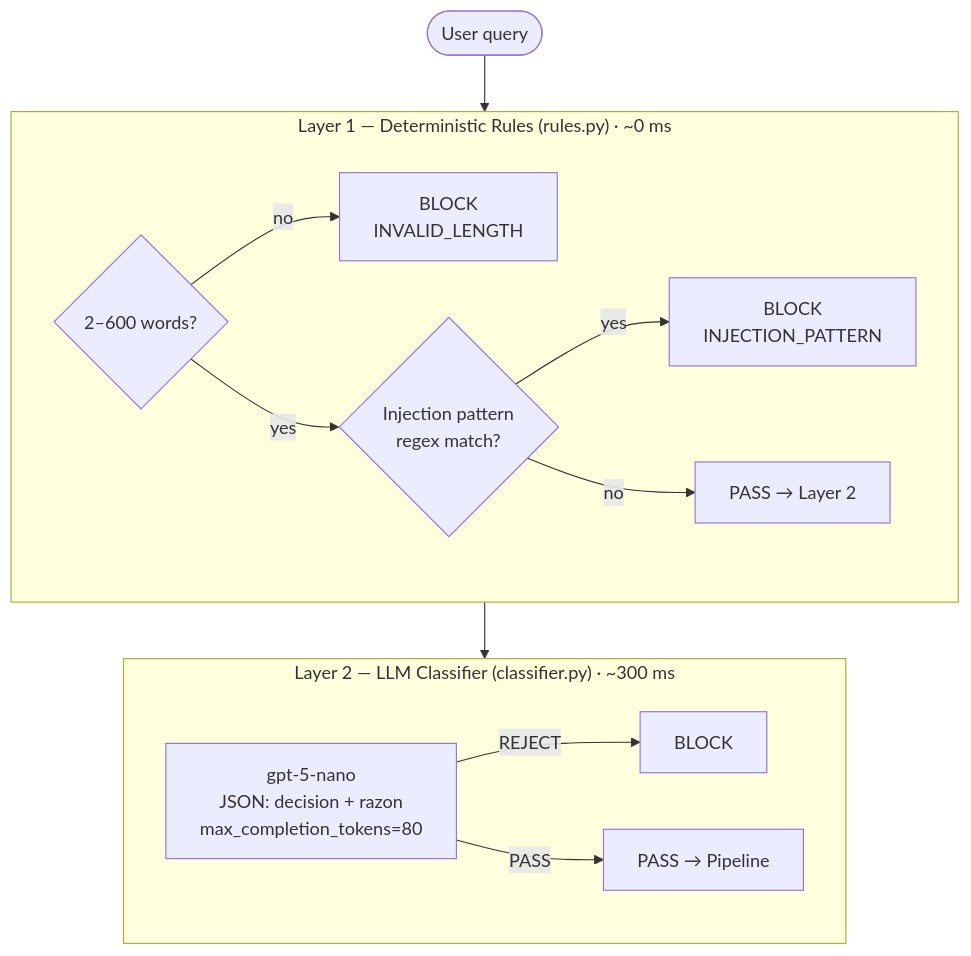
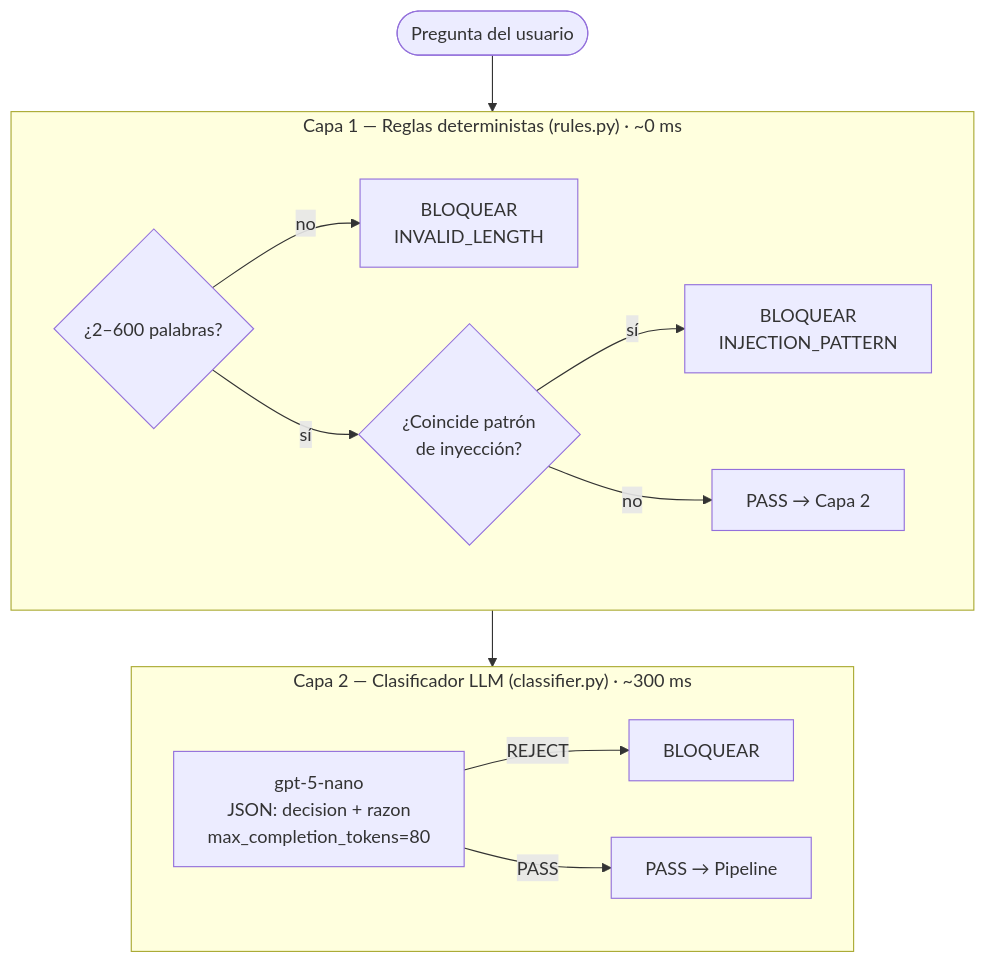
Before and after one commit to carreroguille-dev/cyber-rag: the third of 7 diagrams in README.md, drawn with Mermaid. The commit also changed other lines of this file, not shown here.

````diff
--- a/README.md
+++ b/README.md
@@ -119,20 +119,20 @@
 ```mermaid
 flowchart TD
-    Q([User query]) --> L1
+    Q([Pregunta del usuario]) --> L1
 
-    subgraph L1["Layer 1 — Deterministic Rules (rules.py)  ·  ~0 ms"]
-        len{2–600 words?}
-        len -->|no| block1[BLOCK\nINVALID_LENGTH]
-        len -->|yes| inj{Injection pattern\nregex match?}
-        inj -->|yes| block2[BLOCK\nINJECTION_PATTERN]
-        inj -->|no| pass1[PASS → Layer 2]
+    subgraph L1["Capa 1 — Reglas deterministas (rules.py)  ·  ~0 ms"]
+        len{¿2–600 palabras?}
+        len -->|no| block1[BLOQUEAR\nINVALID_LENGTH]
+        len -->|sí| inj{¿Coincide patrón\nde inyección?}
+        inj -->|sí| block2[BLOQUEAR\nINJECTION_PATTERN]
+        inj -->|no| pass1[PASS → Capa 2]
     end
 
-    subgraph L2["Layer 2 — LLM Classifier (classifier.py)  ·  ~300 ms"]
+    subgraph L2["Capa 2 — Clasificador LLM (classifier.py)  ·  ~300 ms"]
         nano["gpt-5-nano\nJSON: decision + razon\nmax_completion_tokens=80"]
-        nano -->|REJECT| block3[BLOCK]
+        nano -->|REJECT| block3[BLOQUEAR]
         nano -->|PASS| pass2[PASS → Pipeline]
     end
 
     L1 --> L2
 ```
````
